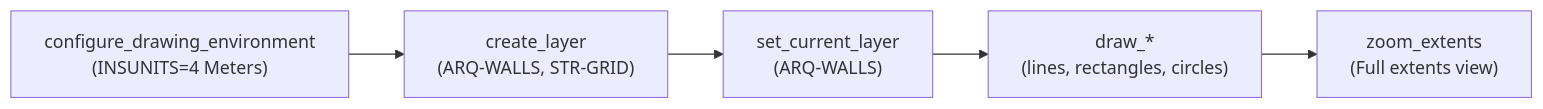
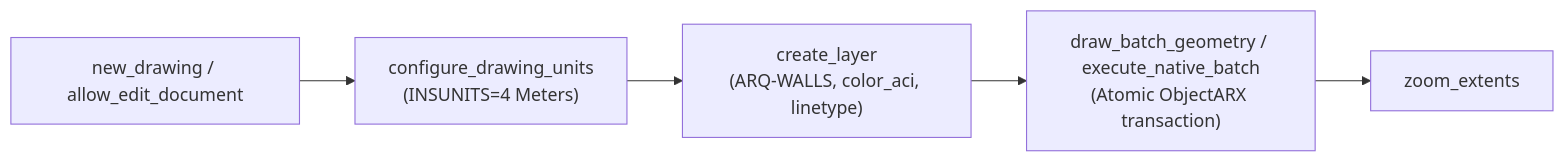
The first of 4 diagrams in docs/TOOLS_CHEAT_SHEET.md (LuiccianDev/autocad-mcp), drawn with Mermaid before and after one commit. The commit also changed other lines of this file and 5 other files, not shown here.

````diff
--- a/docs/TOOLS_CHEAT_SHEET.md
+++ b/docs/TOOLS_CHEAT_SHEET.md
@@ -64,7 +51,7 @@
 ```mermaid
 flowchart LR
-    A["configure_drawing_environment\n(INSUNITS=4 Meters)"] --> B["create_layer\n(ARQ-WALLS, STR-GRID)"]
-    B --> C["set_current_layer\n(ARQ-WALLS)"]
-    C --> D["draw_*\n(lines, rectangles, circles)"]
-    D --> E["zoom_extents\n(Full extents view)"]
+    A["new_drawing / allow_edit_document"] --> B["configure_drawing_units\n(INSUNITS=4 Meters)"]
+    B --> C["create_layer\n(ARQ-WALLS, color_aci, linetype)"]
+    C --> D["draw_batch_geometry / execute_native_batch\n(Atomic ObjectARX transaction)"]
+    D --> E["zoom_extents"]
 ```
````
